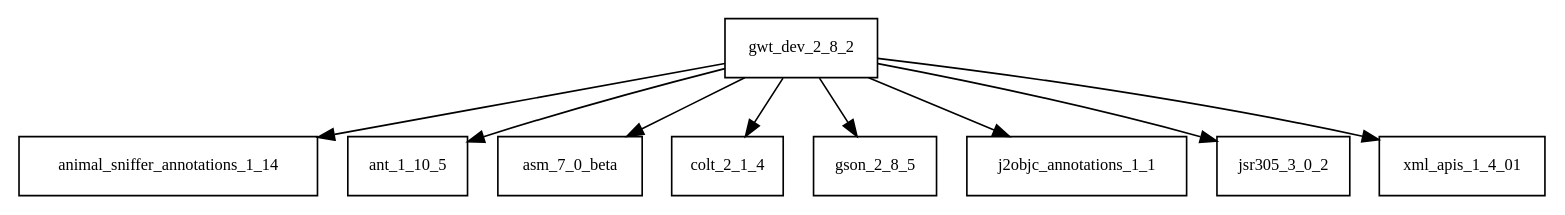
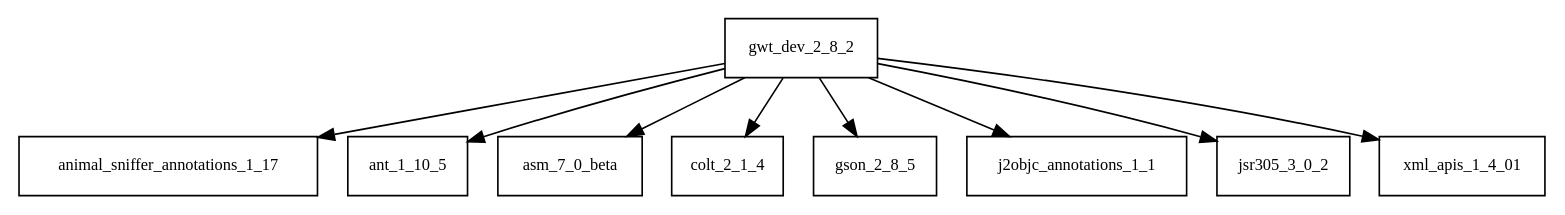
Before and after one commit to Hack23/cia: the diagram in tattleTaleReport/graphviz/gwt-dev-2.8.2.jar/gwt-dev-2.8.2.jar.dot, drawn with Graphviz. The commit also changed 1455 other files, not shown here.

```diff
--- a/tattleTaleReport/graphviz/gwt-dev-2.8.2.jar/gwt-dev-2.8.2.jar.dot
+++ b/tattleTaleReport/graphviz/gwt-dev-2.8.2.jar/gwt-dev-2.8.2.jar.dot
@@ -1,11 +1,11 @@
 digraph gwt_dev_2_8_2_dependencies {
   node [shape = box, fontsize=10.0];
-  gwt_dev_2_8_2 -> animal_sniffer_annotations_1_14;
+  gwt_dev_2_8_2 -> animal_sniffer_annotations_1_17;
   gwt_dev_2_8_2 -> ant_1_10_5;
   gwt_dev_2_8_2 -> asm_7_0_beta;
   gwt_dev_2_8_2 -> colt_2_1_4;
   gwt_dev_2_8_2 -> gson_2_8_5;
   gwt_dev_2_8_2 -> j2objc_annotations_1_1;
   gwt_dev_2_8_2 -> jsr305_3_0_2;
   gwt_dev_2_8_2 -> xml_apis_1_4_01;
 }
```
